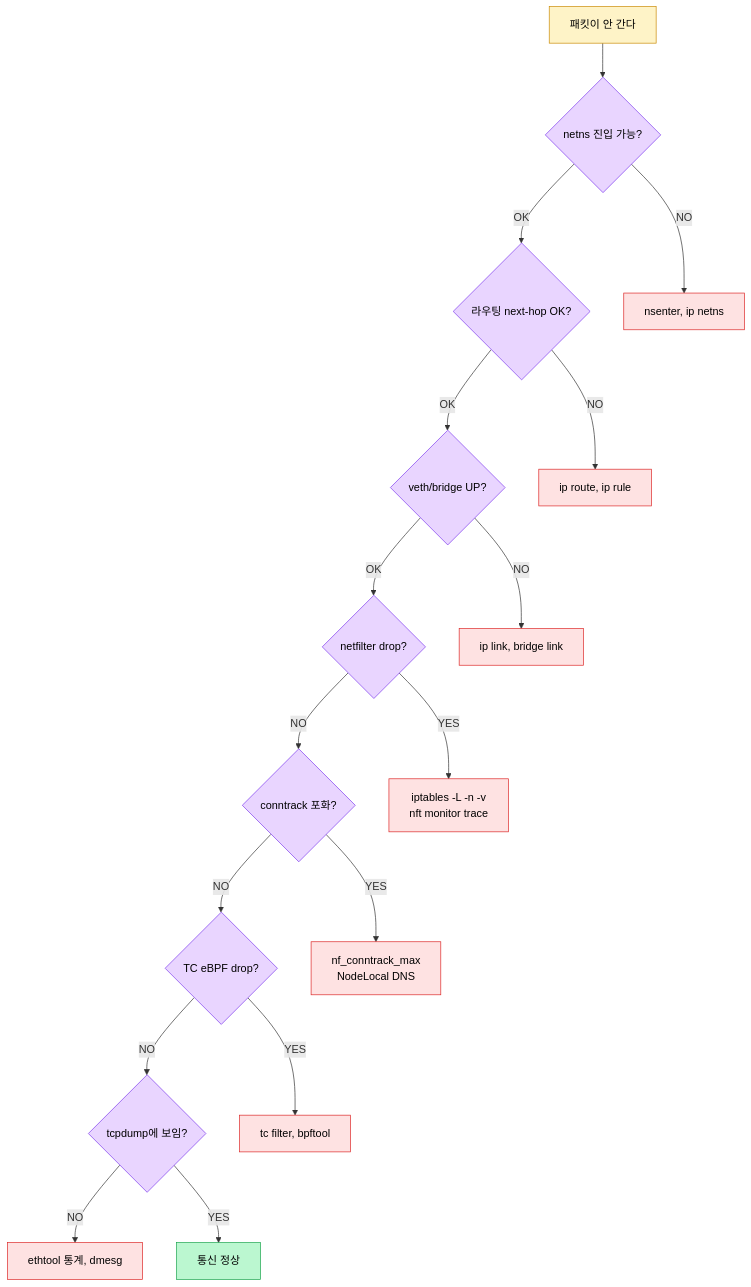
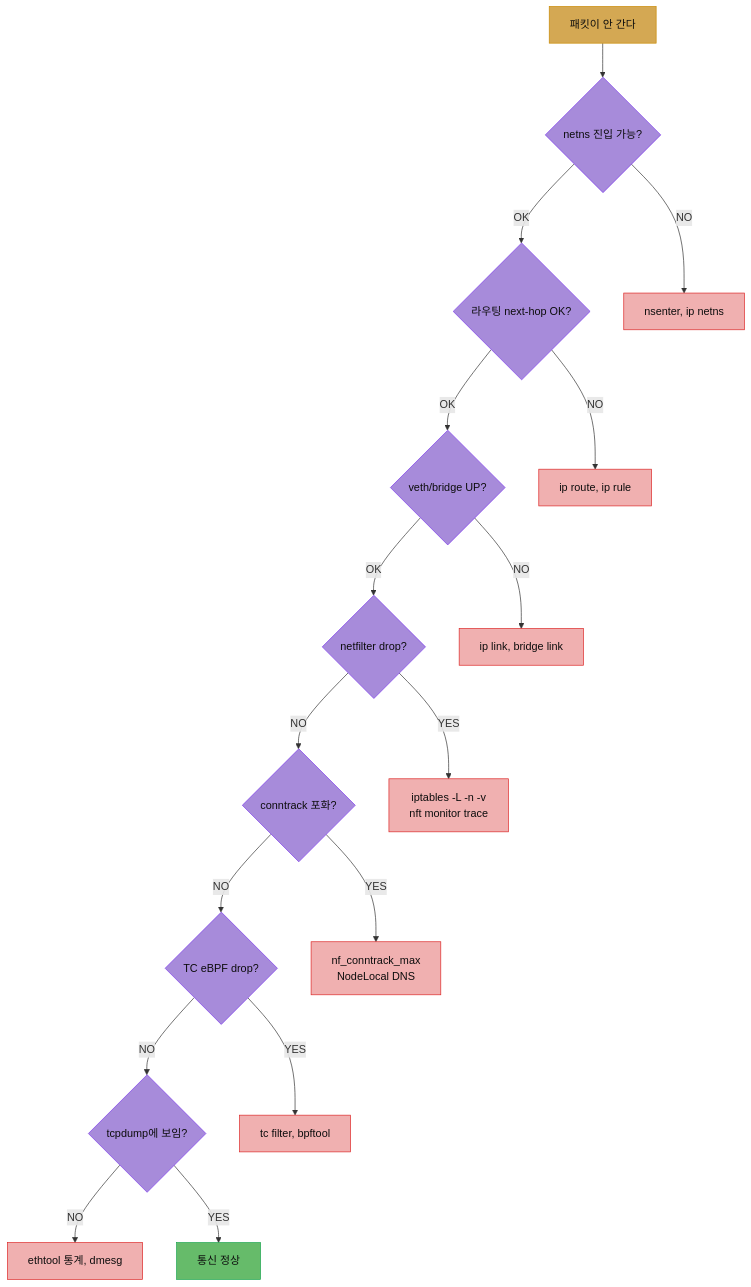
The fourth of 4 diagrams in write/02_os/networking/01-01.네트워킹 기초.md (scofe97/StduyWrite), drawn with Mermaid before and after one commit. The commit also changed other lines of this file and 1 other file, not shown here.

````diff
--- a/write/02_os/networking/01-01.네트워킹 기초.md
+++ b/write/02_os/networking/01-01.네트워킹 기초.md
@@ -506,53 +512,53 @@
 ```mermaid
 graph TB
     S["패킷이 안 간다"]
     Q1{netns 진입 가능?}
     Q2{라우팅 next-hop OK?}
     Q3{veth/bridge UP?}
     Q4{netfilter drop?}
     Q5{conntrack 포화?}
     Q6{TC eBPF drop?}
     Q7{tcpdump에 보임?}
     OK["통신 정상"]
 
     F1["nsenter, ip netns"]
     F2["ip route, ip rule"]
     F3["ip link, bridge link"]
     F4["iptables -L -n -v<br/>nft monitor trace"]
     F5["nf_conntrack_max<br/>NodeLocal DNS"]
     F6["tc filter, bpftool"]
     F7["ethtool 통계, dmesg"]
 
     S --> Q1
     Q1 -->|"NO"| F1
     Q1 -->|"OK"| Q2
     Q2 -->|"NO"| F2
     Q2 -->|"OK"| Q3
     Q3 -->|"NO"| F3
     Q3 -->|"OK"| Q4
     Q4 -->|"YES"| F4
     Q4 -->|"NO"| Q5
     Q5 -->|"YES"| F5
     Q5 -->|"NO"| Q6
     Q6 -->|"YES"| F6
     Q6 -->|"NO"| Q7
     Q7 -->|"NO"| F7
     Q7 -->|"YES"| OK
 
-    style S fill:#fef3c7,stroke:#ca8a04,color:#000
-    style OK fill:#bbf7d0,stroke:#16a34a,color:#000
-    style Q1 fill:#e9d5ff,stroke:#7c3aed,color:#000
-    style Q2 fill:#e9d5ff,stroke:#7c3aed,color:#000
-    style Q3 fill:#e9d5ff,stroke:#7c3aed,color:#000
-    style Q4 fill:#e9d5ff,stroke:#7c3aed,color:#000
-    style Q5 fill:#e9d5ff,stroke:#7c3aed,color:#000
-    style Q6 fill:#e9d5ff,stroke:#7c3aed,color:#000
-    style Q7 fill:#e9d5ff,stroke:#7c3aed,color:#000
-    style F1 fill:#fee2e2,stroke:#dc2626,color:#000
-    style F2 fill:#fee2e2,stroke:#dc2626,color:#000
-    style F3 fill:#fee2e2,stroke:#dc2626,color:#000
-    style F4 fill:#fee2e2,stroke:#dc2626,color:#000
-    style F5 fill:#fee2e2,stroke:#dc2626,color:#000
-    style F6 fill:#fee2e2,stroke:#dc2626,color:#000
-    style F7 fill:#fee2e2,stroke:#dc2626,color:#000
+    style S fill:#d4a853,stroke:#ca8a04,color:#0d0d0d
+    style OK fill:#66bb6a,stroke:#16a34a,color:#0d0d0d
+    style Q1 fill:#a78bda,stroke:#7c3aed,color:#0d0d0d
+    style Q2 fill:#a78bda,stroke:#7c3aed,color:#0d0d0d
+    style Q3 fill:#a78bda,stroke:#7c3aed,color:#0d0d0d
+    style Q4 fill:#a78bda,stroke:#7c3aed,color:#0d0d0d
+    style Q5 fill:#a78bda,stroke:#7c3aed,color:#0d0d0d
+    style Q6 fill:#a78bda,stroke:#7c3aed,color:#0d0d0d
+    style Q7 fill:#a78bda,stroke:#7c3aed,color:#0d0d0d
+    style F1 fill:#f0b0b0,stroke:#dc2626,color:#0d0d0d
+    style F2 fill:#f0b0b0,stroke:#dc2626,color:#0d0d0d
+    style F3 fill:#f0b0b0,stroke:#dc2626,color:#0d0d0d
+    style F4 fill:#f0b0b0,stroke:#dc2626,color:#0d0d0d
+    style F5 fill:#f0b0b0,stroke:#dc2626,color:#0d0d0d
+    style F6 fill:#f0b0b0,stroke:#dc2626,color:#0d0d0d
+    style F7 fill:#f0b0b0,stroke:#dc2626,color:#0d0d0d
 ```
````
